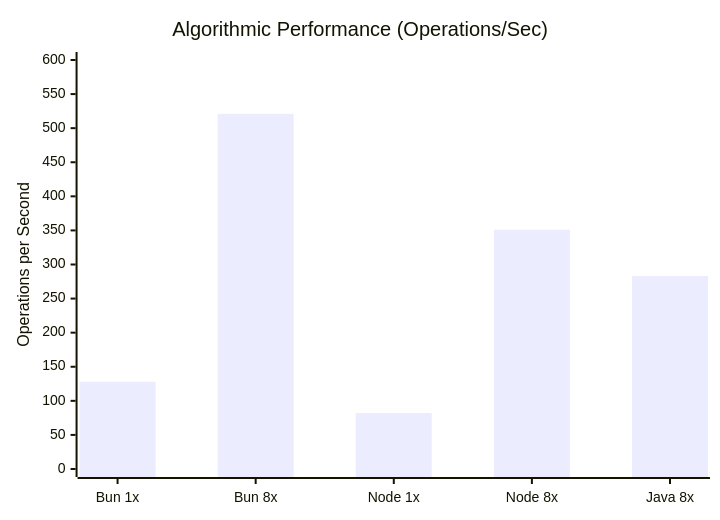
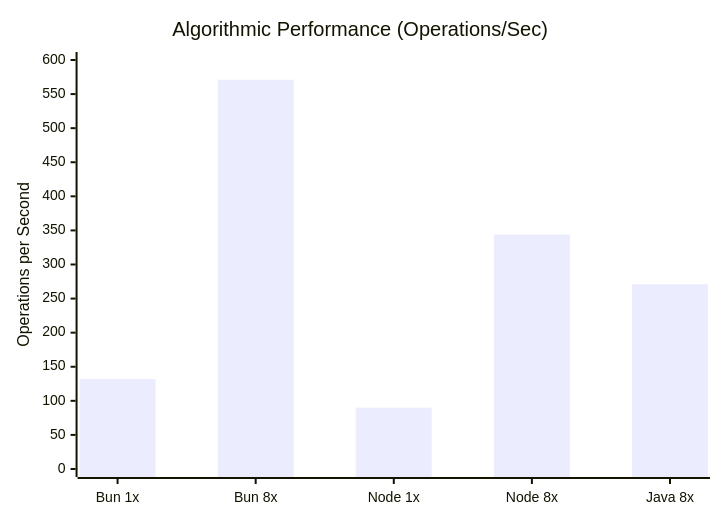
Before and after one commit to Frtrillo/benchmark-nodejs-java-process-mqtt-payloads: the fourth of 5 diagrams in readme.md, drawn with Mermaid. The commit also changed other lines of this file, not shown here.

````diff
--- a/readme.md
+++ b/readme.md
@@ -217,7 +217,7 @@
 ```mermaid
 xychart-beta
     title "Algorithmic Performance (Operations/Sec)"
     x-axis ["Bun 1x", "Bun 8x", "Node 1x", "Node 8x", "Java 8x"]
     y-axis "Operations per Second" 0 --> 600
-    bar [128, 521, 82, 351, 283]
+    bar [132, 571, 90, 344, 271]
 ```
````
